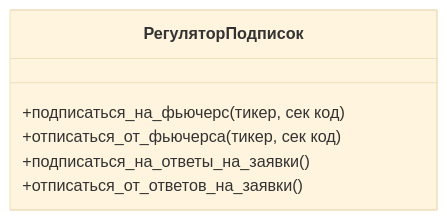
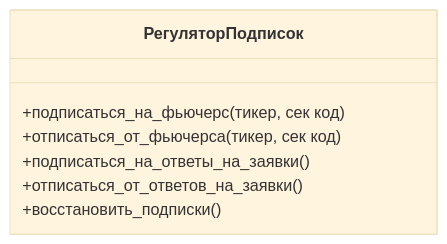
Diagram 11 of 26 in robot-logic.md (Marat22/MiriadRobotDocs), drawn with Mermaid (base theme) before and after one commit. The commit also changed other lines of this file, not shown here.

````diff
--- a/robot-logic.md
+++ b/robot-logic.md
@@ -332,9 +333,10 @@
 ```mermaid
 classDiagram
   class РегуляторПодписок{
     +подписаться_на_фьючерс(тикер, сек код)
     +отписаться_от_фьючерса(тикер, сек код)
     +подписаться_на_ответы_на_заявки()
     +отписаться_от_ответов_на_заявки()
+    +восстановить_подписки()
   }
 ```
````
